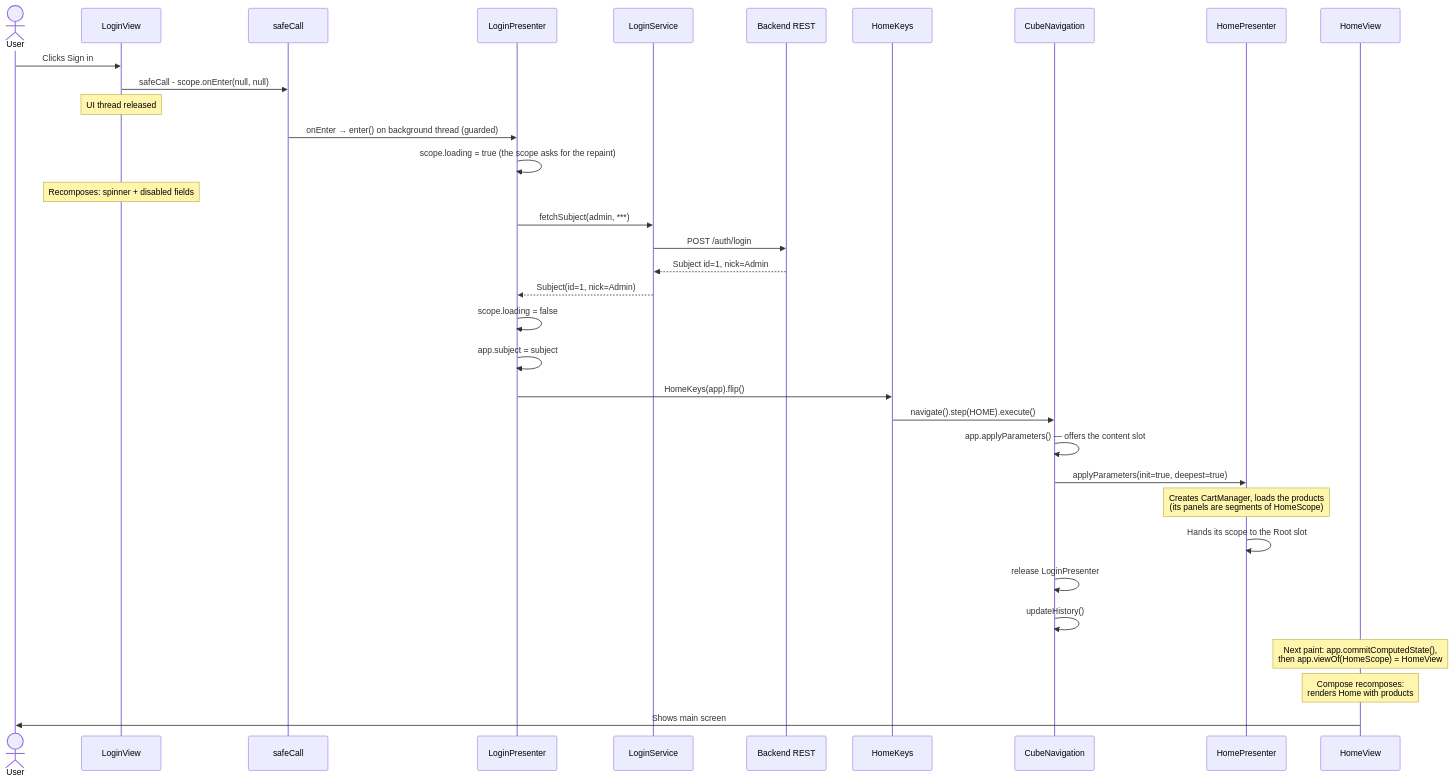
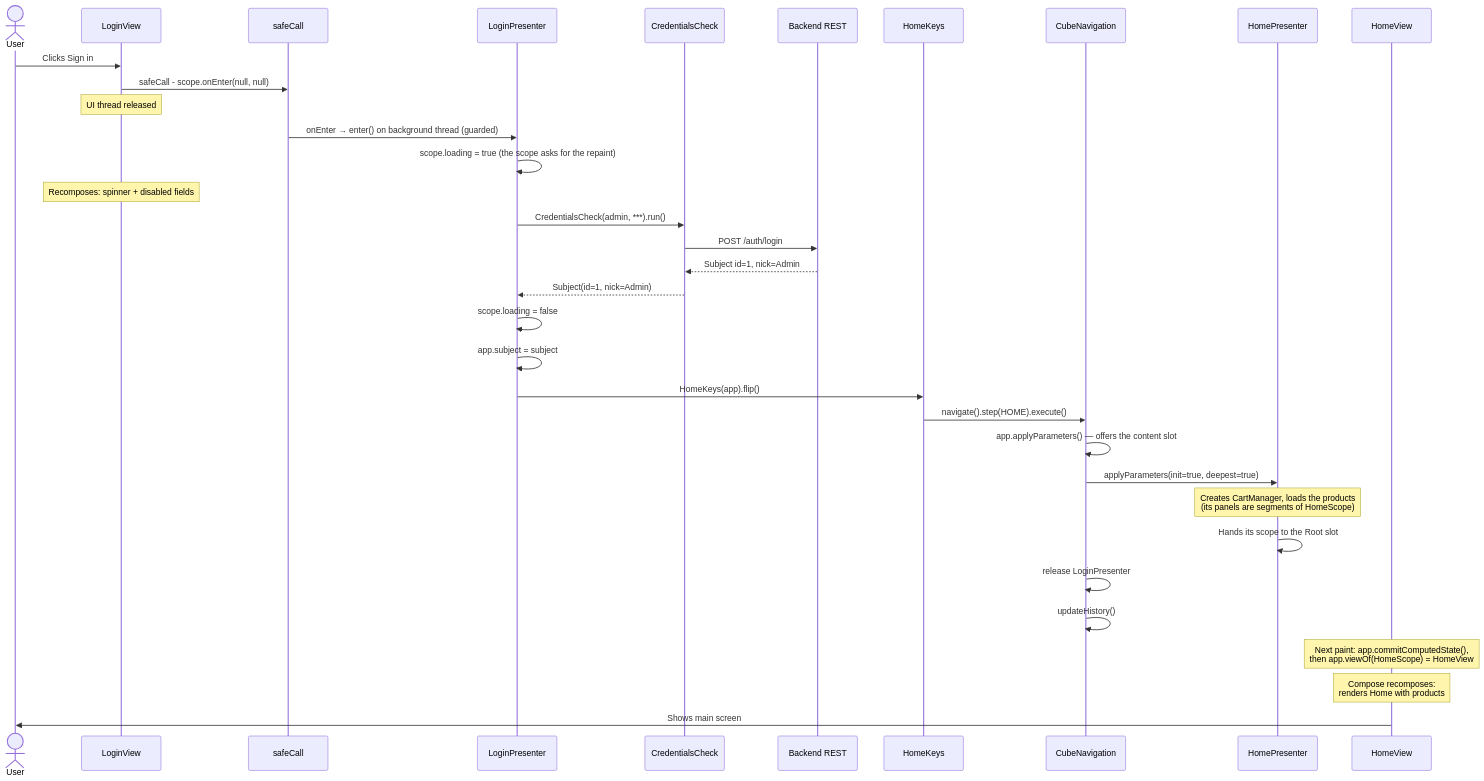
One commit to mrcdom/wdc-cube-kotlin changed the tenth of 10 diagrams in docs/architecture.md. Above: the diagram before and after it, drawn with Mermaid. The commit also changed other lines of this file and 7 other files, not shown here.

````diff
--- a/docs/architecture.md
+++ b/docs/architecture.md
@@ -534,44 +535,44 @@
 ```mermaid
 sequenceDiagram
     actor User as User
     participant LV as LoginView
     participant SC as safeCall
     participant LP as LoginPresenter
-    participant LS as LoginService
+    participant LS as CredentialsCheck
     participant API as Backend REST
     participant Keys as HomeKeys
     participant Nav as CubeNavigation
     participant HP as HomePresenter
     participant HV as HomeView
 
     User->>LV: Clicks Sign in
     LV->>SC: safeCall - scope.onEnter(null, null)
     Note over LV: UI thread released
 
     SC->>LP: onEnter → enter() on background thread (guarded)
     LP->>LP: scope.loading = true (the scope asks for the repaint)
     Note over LV: Recomposes: spinner + disabled fields
 
-    LP->>LS: fetchSubject(admin, ***)
+    LP->>LS: CredentialsCheck(admin, ***).run()
     LS->>API: POST /auth/login
     API-->>LS: Subject id=1, nick=Admin
     LS-->>LP: Subject(id=1, nick=Admin)
 
     LP->>LP: scope.loading = false
     LP->>LP: app.subject = subject
 
     LP->>Keys: HomeKeys(app).flip()
     Keys->>Nav: navigate().step(HOME).execute()
 
     Nav->>Nav: app.applyParameters() — offers the content slot
     Nav->>HP: applyParameters(init=true, deepest=true)
     Note over HP: Creates CartManager, loads the products<br/>(its panels are segments of HomeScope)
     HP->>HP: Hands its scope to the Root slot
 
     Nav->>Nav: release LoginPresenter
     Nav->>Nav: updateHistory()
     Note over HV: Next paint: app.commitComputedState(),<br/>then app.viewOf(HomeScope) = HomeView
 
     Note over HV: Compose recomposes:<br/>renders Home with products
     HV->>User: Shows main screen
 ```
````
